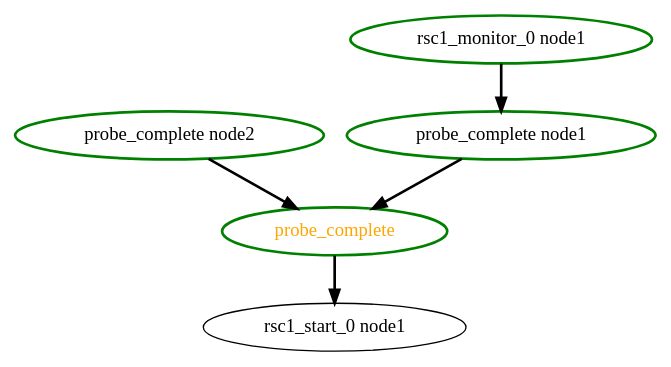
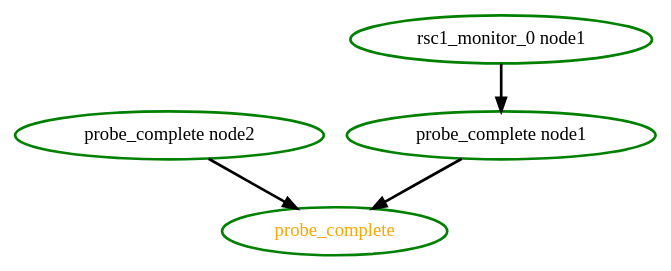
Before and after one commit to richiewen8/heartbeat: the diagram in crm/pengine/testcases/rec-rsc-4.dot, drawn with Graphviz. The commit also changed 13 other files, not shown here.

Commit message:
Low: PE: Improvements to the graph and .dot creation code * Tweaks to ensure the .dot file is accurate * Actions not included in the graph are dashed * Actions dependancies not included in the graph are dashed * Unrunnable actions have a red outline (instead of filled red) * Update regression tests

```diff
--- a/crm/pengine/testcases/rec-rsc-4.dot
+++ b/crm/pengine/testcases/rec-rsc-4.dot
@@ -1,10 +1,9 @@
  digraph "g" {
 "probe_complete node1" -> "probe_complete" [ style = bold]
 "probe_complete node1" [ style=bold color="green" fontcolor="black" ]
 "probe_complete node2" -> "probe_complete" [ style = bold]
 "probe_complete node2" [ style=bold color="green" fontcolor="black" ]
-"probe_complete" -> "rsc1_start_0 node1" [ style = bold]
 "probe_complete" [ style=bold color="green" fontcolor="orange" ]
 "rsc1_monitor_0 node1" -> "probe_complete node1" [ style = bold]
 "rsc1_monitor_0 node1" [ style=bold color="green" fontcolor="black" ]
 }
```
